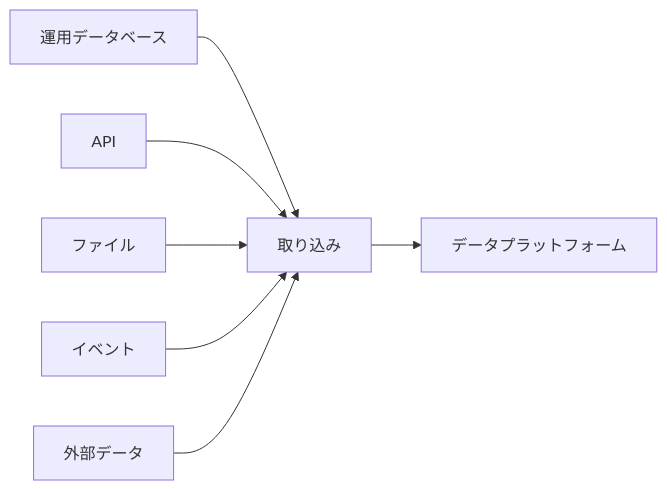
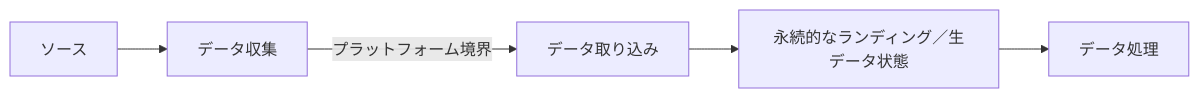
Before and after one commit to skitazaki/notes-with-ai: the diagram in content/docs/data/engineering/ingestion/_index.ja.md, drawn with Mermaid. The commit also changed other lines of this file and 5 other files, not shown here.

Commit message:
Clarify data collection and ingestion boundaries

````diff
--- a/content/docs/data/engineering/ingestion/_index.ja.md
+++ b/content/docs/data/engineering/ingestion/_index.ja.md
@@ -11,9 +13,7 @@
 ```mermaid
 flowchart LR
-  DB["運用データベース"] --> Ingestion["取り込み"]
-  API --> Ingestion
-  Files["ファイル"] --> Ingestion
-  Events["イベント"] --> Ingestion
-  External["外部データ"] --> Ingestion
-  Ingestion --> Platform["データプラットフォーム"]
+  Sources["ソース"] --> Collection["データ収集"]
+  Collection -->|"プラットフォーム境界"| Ingestion["データ取り込み"]
+  Ingestion --> Landing["永続的なランディング／生データ状態"]
+  Landing --> Processing["データ処理"]
 ```
````
